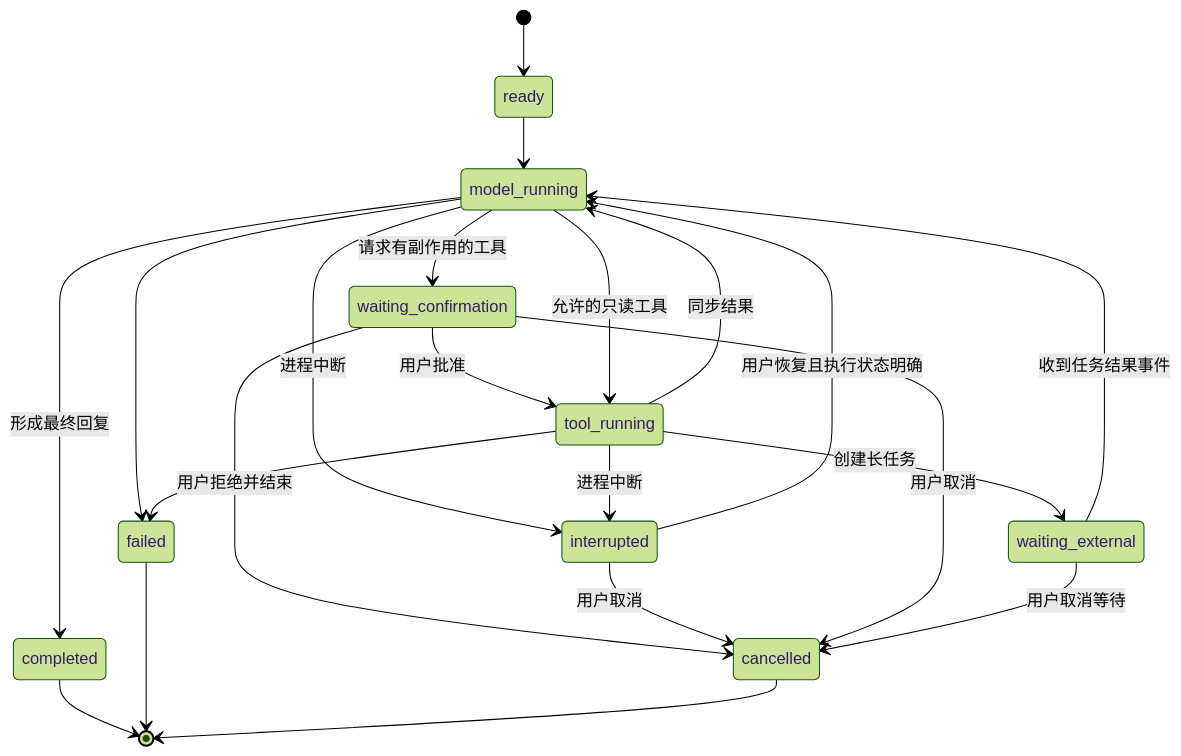
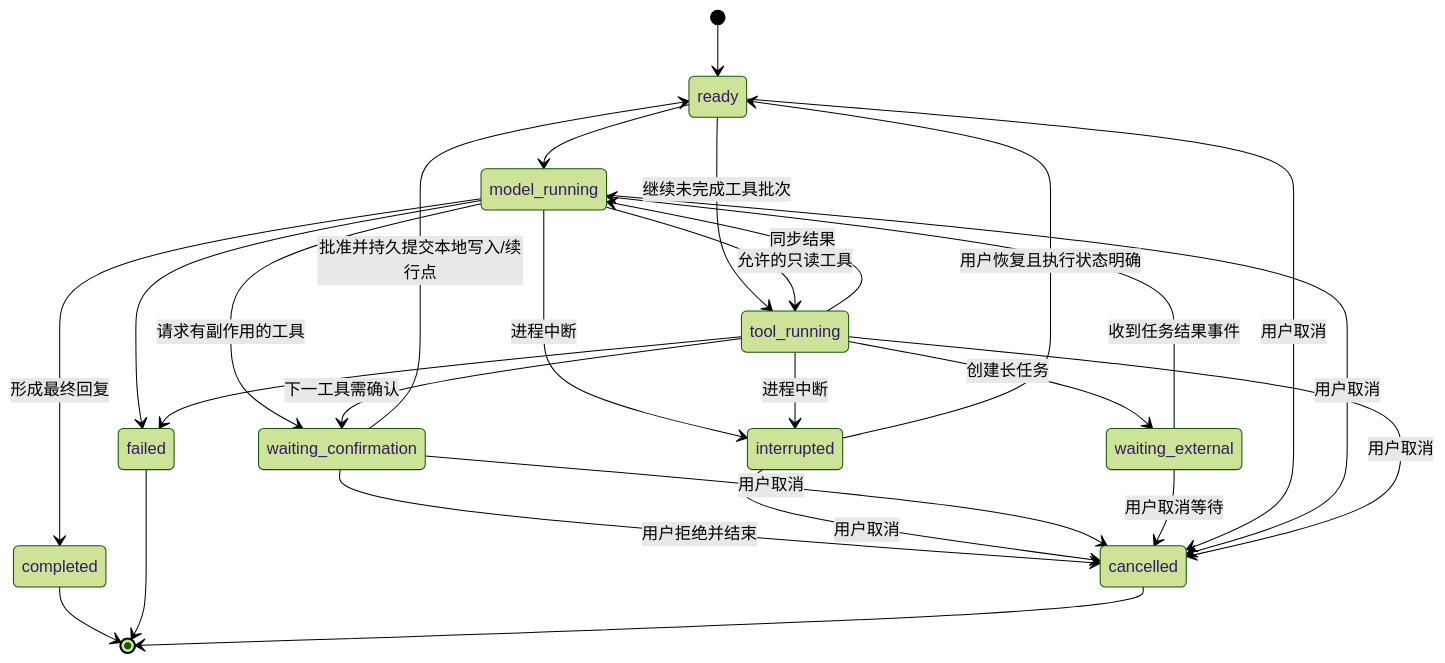
One commit to haodijia/kunyu-geoagent changed the fourth of 5 diagrams in docs/开发架构设计.md. Above: the diagram before and after it, drawn with Mermaid (forest theme). The commit also changed other lines of this file and 1 other file, not shown here.

````diff
--- a/docs/开发架构设计.md
+++ b/docs/开发架构设计.md
@@ -850,24 +850,29 @@
 ```mermaid
 stateDiagram-v2
     [*] --> ready
     ready --> model_running
     model_running --> waiting_confirmation: 请求有副作用的工具
-    waiting_confirmation --> tool_running: 用户批准
+    waiting_confirmation --> ready: 批准并持久提交本地写入/续行点
+    ready --> tool_running: 继续未完成工具批次
     waiting_confirmation --> cancelled: 用户拒绝并结束
     model_running --> tool_running: 允许的只读工具
     tool_running --> model_running: 同步结果
     tool_running --> waiting_external: 创建长任务
     waiting_external --> model_running: 收到任务结果事件
     model_running --> completed: 形成最终回复
     model_running --> failed
     tool_running --> failed
     model_running --> interrupted: 进程中断
     tool_running --> interrupted: 进程中断
-    interrupted --> model_running: 用户恢复且执行状态明确
+    interrupted --> ready: 用户恢复且执行状态明确
     interrupted --> cancelled: 用户取消
     waiting_confirmation --> cancelled: 用户取消
     waiting_external --> cancelled: 用户取消等待
+    ready --> cancelled: 用户取消
+    model_running --> cancelled: 用户取消
+    tool_running --> cancelled: 用户取消
+    tool_running --> waiting_confirmation: 下一工具需确认
     completed --> [*]
     failed --> [*]
     cancelled --> [*]
 ```
````
